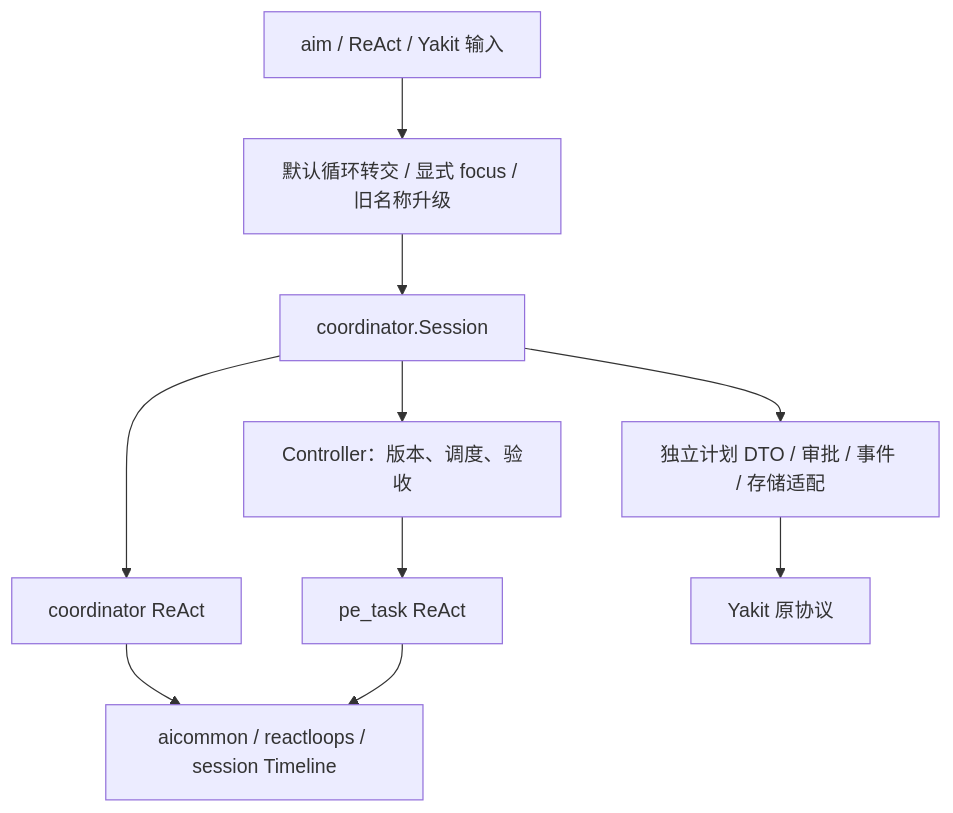
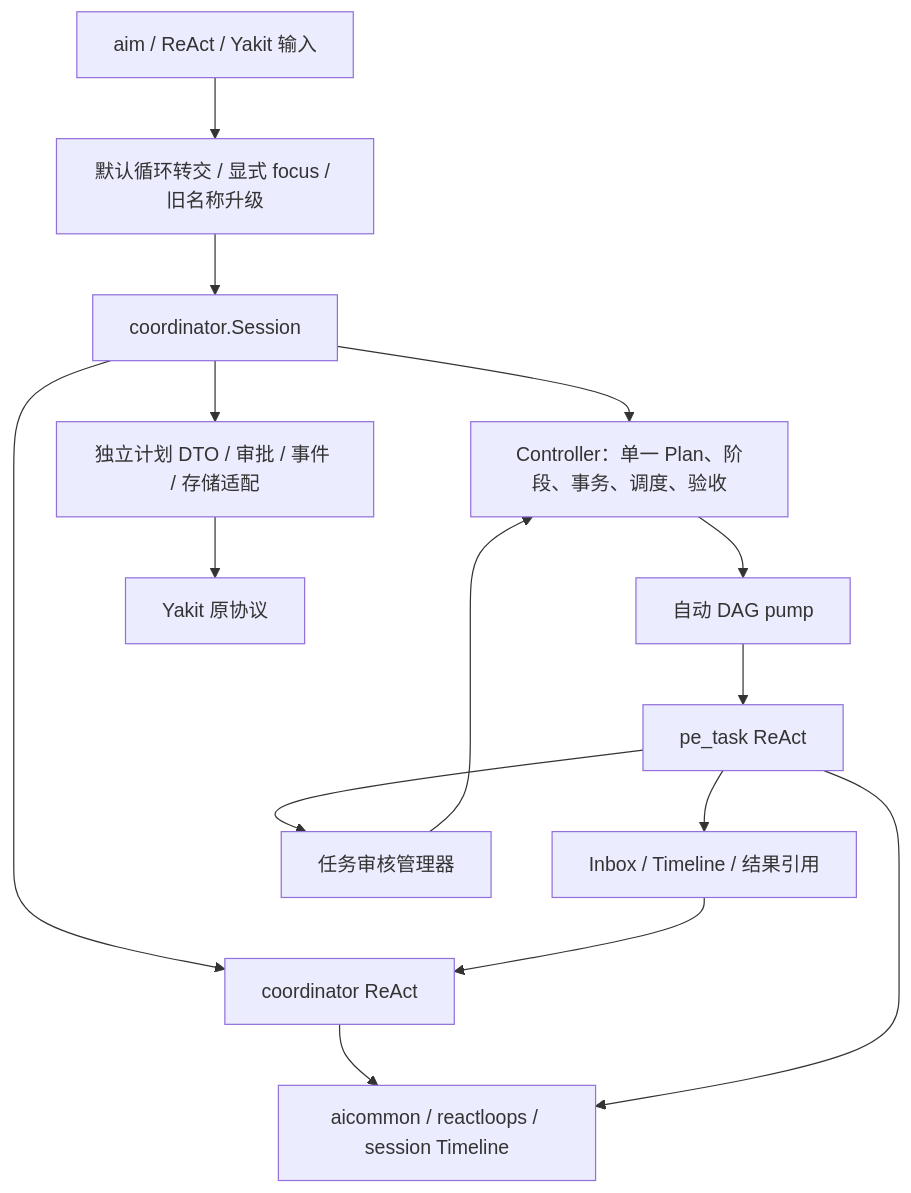
The diagram in common/ai/aid/coordinator_architecture.md (yaklang/yaklang), drawn with Mermaid before and after one commit. The commit also changed other lines of this file and 107 other files, not shown here.

First line of the commit message:
Add comprehensive tests for coordinator functionality and update architecture documentation

````diff
--- a/common/ai/aid/coordinator_architecture.md
+++ b/common/ai/aid/coordinator_architecture.md
@@ -24,12 +24,17 @@
 ```mermaid
 flowchart TD
     Entry[aim / ReAct / Yakit 输入] --> Select[默认循环转交 / 显式 focus / 旧名称升级]
     Select --> Native[coordinator.Session]
     Native --> Planner[coordinator ReAct]
-    Native --> Control[Controller：版本、调度、验收]
-    Control --> Worker[pe_task ReAct]
+    Native --> Control[Controller：单一 Plan、阶段、事务、调度、验收]
+    Control --> Pump[自动 DAG pump]
+    Pump --> Worker[pe_task ReAct]
+    Worker --> Queue[Inbox / Timeline / 结果引用]
+    Queue --> Planner
+    Worker --> Review[任务审核管理器]
+    Review --> Control
     Native --> Wire[独立计划 DTO / 审批 / 事件 / 存储适配]
     Wire --> UI[Yakit 原协议]
     Planner --> Shared[aicommon / reactloops / session Timeline]
     Worker --> Shared
 ```
````
